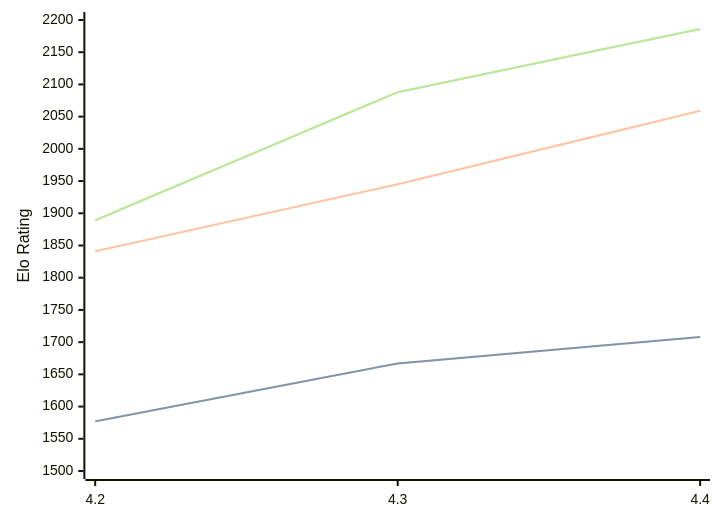
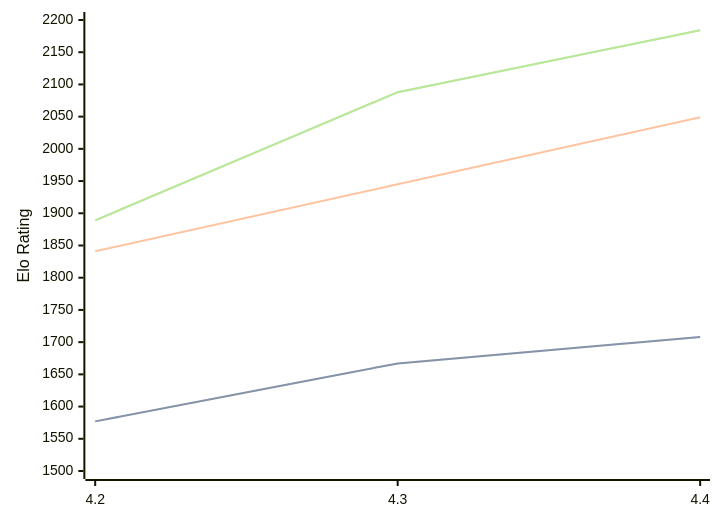
Before and after one commit to computer-chess-index/cci: the third of 3 diagrams in engines/Radiance.md, drawn with Mermaid. The commit also changed other lines of this file, not shown here.

Commit message:
Update CCI Ratings (ELO VLTC) - 2026-06-17

````diff
--- a/engines/Radiance.md
+++ b/engines/Radiance.md
@@ -69,11 +69,11 @@
 ```mermaid
 %%{init: {"theme":"base","themeVariables":{"seriesColors:['#a3a3a3','#222221','#faa371']}}}%%
 xychart-beta
   x-axis ["4.2", "4.3", "4.4"]
   y-axis "Elo Rating" 1500 --> 2200
   line "STC (8.0+0.08s)" [1577, 1667, 1708]
   line "STC (8.0+0.08s)" [1577, 1667, 1708]
-  line "LTC (60.0+0.60s)" [1841, 1945, 2059]
-  line "VLTC (2m24s+1.12s)" [1889, 2088, 2186]
-  line "VLTC (2m24s+1.12s)" [1889, 2088, 2186]
+  line "LTC (60.0+0.60s)" [1841, 1945, 2049]
+  line "VLTC (2m24s+1.12s)" [1889, 2088, 2184]
+  line "VLTC (2m24s+1.12s)" [1889, 2088, 2184]
 ```
````
